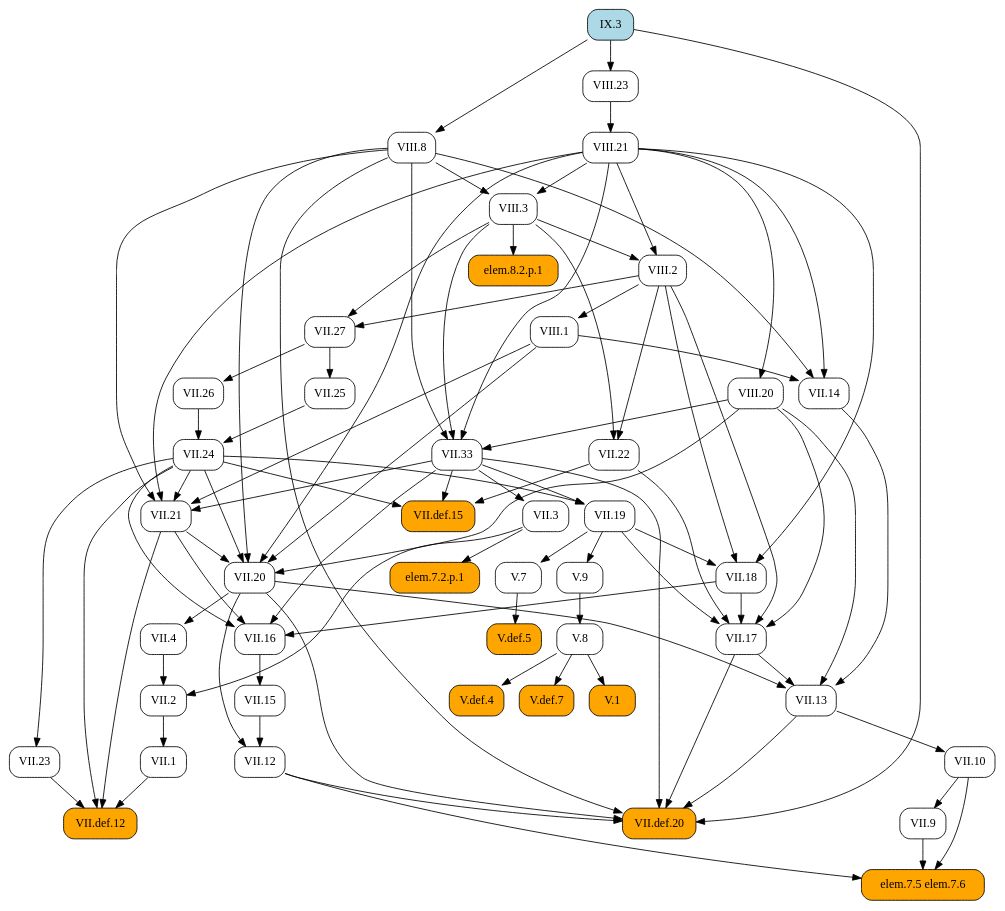
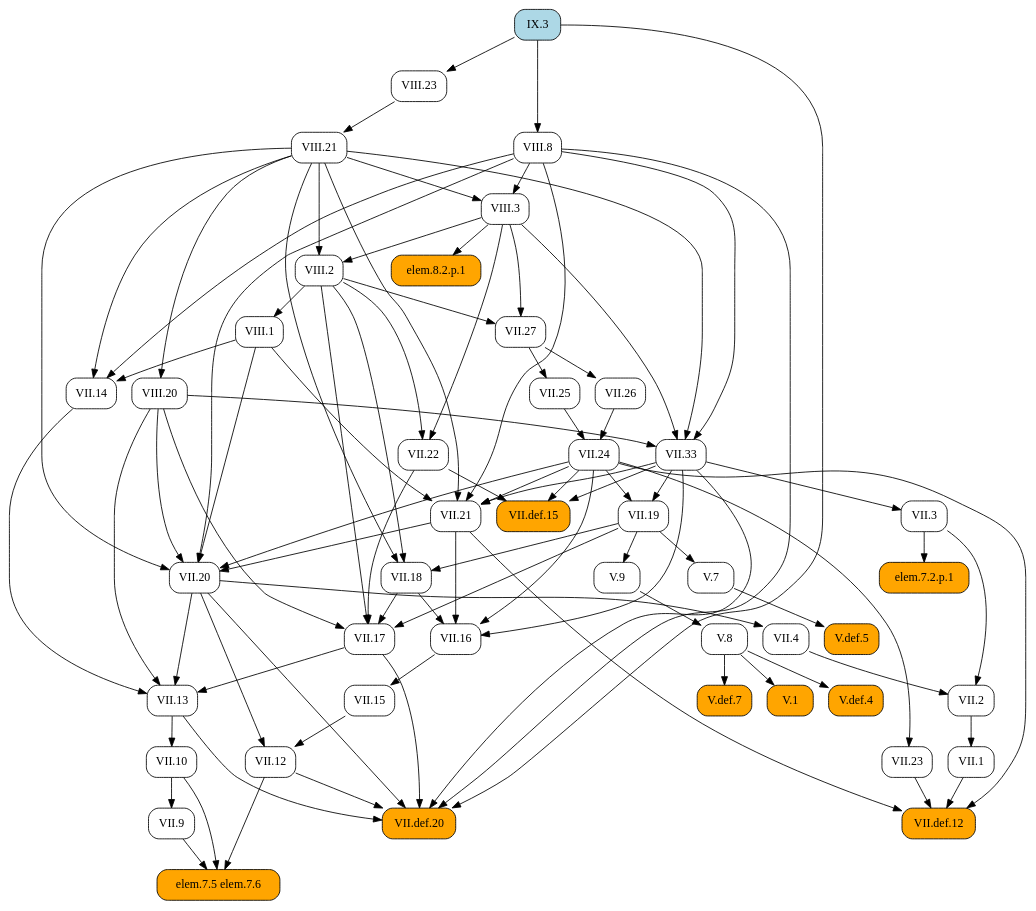
Before and after one commit to geometor/elements: the diagram in docsrc/heath/IX/3/index.rst, drawn with Graphviz. The commit also changed other lines of this file and 1029 other files, not shown here.

```diff
--- a/docsrc/heath/IX/3/index.rst
+++ b/docsrc/heath/IX/3/index.rst
@@ -52,87 +52,132 @@
    digraph {
      rankdir="TB";
      node [shape=box, style=rounded];
-     "V.1" [style="rounded,filled", fillcolor=orange, URL="/heath/V/1/", target="_top"];
+     "VII.1" [URL="/heath/VII/1/", target="_top"];
+     "VII.9" [URL="/heath/VII/9/", target="_top"];
+     "V.def.5" [style="rounded,filled", fillcolor=orange, URL="/heath/V/def.5/", target="_top"];
+     "VIII.23" [URL="/heath/VIII/23/", target="_top"];
+     "VII.3" [URL="/heath/VII/3/", target="_top"];
+     "VII.17" [URL="/heath/VII/17/", target="_top"];
+     "elem.7.5 elem.7.6" [style="rounded,filled", fillcolor=orange];
      "VIII.21" [URL="/heath/VIII/21/", target="_top"];
+     "IX.3" [style="rounded,filled", fillcolor=lightblue, URL="/heath/IX/3/", target="_top"];
+     "V.7" [URL="/heath/V/7/", target="_top"];
+     "V.9" [URL="/heath/V/9/", target="_top"];
+     "VII.13" [URL="/heath/VII/13/", target="_top"];
+     "VII.2" [URL="/heath/VII/2/", target="_top"];
+     "VIII.1" [URL="/heath/VIII/1/", target="_top"];
+     "VIII.2" [URL="/heath/VIII/2/", target="_top"];
      "VII.12" [URL="/heath/VII/12/", target="_top"];
-     "VII.14" [URL="/heath/VII/14/", target="_top"];
-     "VII.13" [URL="/heath/VII/13/", target="_top"];
-     "VII.16" [URL="/heath/VII/16/", target="_top"];
-     "V.def.4" [style="rounded,filled", fillcolor=orange, URL="/heath/V/def.4/", target="_top"];
+     "VII.24" [URL="/heath/VII/24/", target="_top"];
+     "VII.def.12" [style="rounded,filled", fillcolor=orange, URL="/heath/VII/def.12/", target="_top"];
+     "V.8" [URL="/heath/V/8/", target="_top"];
+     "VII.33" [URL="/heath/VII/33/", target="_top"];
+     "elem.7.2.p.1" [style="rounded,filled", fillcolor=orange];
+     "VII.10" [URL="/heath/VII/10/", target="_top"];
      "VII.def.15" [style="rounded,filled", fillcolor=orange, URL="/heath/VII/def.15/", target="_top"];
      "VII.18" [URL="/heath/VII/18/", target="_top"];
-     "V.8" [URL="/heath/V/8/", target="_top"];
+     "VII.19" [URL="/heath/VII/19/", target="_top"];
+     "VII.16" [URL="/heath/VII/16/", target="_top"];
+     "VII.26" [URL="/heath/VII/26/", target="_top"];
+     "VII.4" [URL="/heath/VII/4/", target="_top"];
+     "VII.25" [URL="/heath/VII/25/", target="_top"];
      "VII.21" [URL="/heath/VII/21/", target="_top"];
+     "V.1" [style="rounded,filled", fillcolor=orange, URL="/heath/V/1/", target="_top"];
+     "VII.20" [URL="/heath/VII/20/", target="_top"];
+     "VIII.8" [URL="/heath/VIII/8/", target="_top"];
+     "VII.14" [URL="/heath/VII/14/", target="_top"];
+     "VII.27" [URL="/heath/VII/27/", target="_top"];
+     "VIII.3" [URL="/heath/VIII/3/", target="_top"];
+     "V.def.4" [style="rounded,filled", fillcolor=orange, URL="/heath/V/def.4/", target="_top"];
+     "VII.22" [URL="/heath/VII/22/", target="_top"];
      "VIII.20" [URL="/heath/VIII/20/", target="_top"];
-     "V.7" [URL="/heath/V/7/", target="_top"];
-     "VII.def.12" [style="rounded,filled", fillcolor=orange, URL="/heath/VII/def.12/", target="_top"];
+     "V.def.7" [style="rounded,filled", fillcolor=orange, URL="/heath/V/def.7/", target="_top"];
+     "VII.23" [URL="/heath/VII/23/", target="_top"];
      "VII.15" [URL="/heath/VII/15/", target="_top"];
-     "VII.2" [URL="/heath/VII/2/", target="_top"];
      "VII.def.20" [style="rounded,filled", fillcolor=orange, URL="/heath/VII/def.20/", target="_top"];
-     "VII.3" [URL="/heath/VII/3/", target="_top"];
-     "elem.7.5 elem.7.6" [style="rounded,filled", fillcolor=orange];
      "elem.8.2.p.1" [style="rounded,filled", fillcolor=orange];
-     "VII.10" [URL="/heath/VII/10/", target="_top"];
-     "VIII.23" [URL="/heath/VIII/23/", target="_top"];
-     "V.def.7" [style="rounded,filled", fillcolor=orange, URL="/heath/V/def.7/", target="_top"];
-     "VII.20" [URL="/heath/VII/20/", target="_top"];
-     "IX.3" [style="rounded,filled", fillcolor=lightblue, URL="/heath/IX/3/", target="_top"];
-     "VII.9" [URL="/heath/VII/9/", target="_top"];
-     "VIII.1" [URL="/heath/VIII/1/", target="_top"];
-     "VII.25" [URL="/heath/VII/25/", target="_top"];
-     "VII.23" [URL="/heath/VII/23/", target="_top"];
-     "VIII.8" [URL="/heath/VIII/8/", target="_top"];
-     "VII.27" [URL="/heath/VII/27/", target="_top"];
-     "VIII.2" [URL="/heath/VIII/2/", target="_top"];
-     "VII.24" [URL="/heath/VII/24/", target="_top"];
-     "VIII.3" [URL="/heath/VIII/3/", target="_top"];
-     "VII.19" [URL="/heath/VII/19/", target="_top"];
-     "VII.4" [URL="/heath/VII/4/", target="_top"];
-     "elem.7.2.p.1" [style="rounded,filled", fillcolor=orange];
-     "V.9" [URL="/heath/V/9/", target="_top"];
-     "VII.26" [URL="/heath/VII/26/", target="_top"];
-     "VII.1" [URL="/heath/VII/1/", target="_top"];
-     "VII.22" [URL="/heath/VII/22/", target="_top"];
-     "VII.33" [URL="/heath/VII/33/", target="_top"];
-     "V.def.5" [style="rounded,filled", fillcolor=orange, URL="/heath/V/def.5/", target="_top"];
-     "VII.17" [URL="/heath/VII/17/", target="_top"];
-     "V.8" -> "V.1";
+     "VII.2" -> "VII.1";
+     "VII.10" -> "VII.9";
+     "V.7" -> "V.def.5";
+     "IX.3" -> "VIII.23";
+     "VII.33" -> "VII.3";
+     "VII.18" -> "VII.17";
+     "VII.19" -> "VII.17";
+     "VII.22" -> "VII.17";
+     "VIII.2" -> "VII.17";
+     "VIII.20" -> "VII.17";
+     "VII.9" -> "elem.7.5 elem.7.6";
+     "VII.10" -> "elem.7.5 elem.7.6";
+     "VII.12" -> "elem.7.5 elem.7.6";
      "VIII.23" -> "VIII.21";
-     "VII.15" -> "VII.12";
-     "VII.20" -> "VII.12";
-     "VIII.1" -> "VII.14";
-     "VIII.8" -> "VII.14";
-     "VIII.21" -> "VII.14";
+     "VII.19" -> "V.7";
+     "VII.19" -> "V.9";
      "VII.14" -> "VII.13";
      "VII.17" -> "VII.13";
      "VII.20" -> "VII.13";
      "VIII.20" -> "VII.13";
-     "VII.18" -> "VII.16";
-     "VII.21" -> "VII.16";
-     "VII.24" -> "VII.16";
-     "VII.33" -> "VII.16";
-     "V.8" -> "V.def.4";
+     "VII.3" -> "VII.2";
+     "VII.4" -> "VII.2";
+     "VIII.2" -> "VIII.1";
+     "VIII.3" -> "VIII.2";
+     "VIII.21" -> "VIII.2";
+     "VII.15" -> "VII.12";
+     "VII.20" -> "VII.12";
+     "VII.25" -> "VII.24";
+     "VII.26" -> "VII.24";
+     "VII.1" -> "VII.def.12";
+     "VII.21" -> "VII.def.12";
+     "VII.23" -> "VII.def.12";
+     "VII.24" -> "VII.def.12";
+     "V.9" -> "V.8";
+     "VIII.3" -> "VII.33";
+     "VIII.8" -> "VII.33";
+     "VIII.20" -> "VII.33";
+     "VIII.21" -> "VII.33";
+     "VII.3" -> "elem.7.2.p.1";
+     "VII.13" -> "VII.10";
      "VII.22" -> "VII.def.15";
      "VII.24" -> "VII.def.15";
      "VII.33" -> "VII.def.15";
      "VII.19" -> "VII.18";
      "VIII.2" -> "VII.18";
      "VIII.21" -> "VII.18";
-     "V.9" -> "V.8";
+     "VII.24" -> "VII.19";
+     "VII.33" -> "VII.19";
+     "VII.18" -> "VII.16";
+     "VII.21" -> "VII.16";
+     "VII.24" -> "VII.16";
+     "VII.33" -> "VII.16";
+     "VII.27" -> "VII.26";
+     "VII.20" -> "VII.4";
+     "VII.27" -> "VII.25";
      "VII.24" -> "VII.21";
      "VII.33" -> "VII.21";
      "VIII.1" -> "VII.21";
      "VIII.8" -> "VII.21";
      "VIII.21" -> "VII.21";
+     "V.8" -> "V.1";
+     "VII.21" -> "VII.20";
+     "VII.24" -> "VII.20";
+     "VIII.1" -> "VII.20";
+     "VIII.8" -> "VII.20";
+     "VIII.20" -> "VII.20";
+     "VIII.21" -> "VII.20";
+     "IX.3" -> "VIII.8";
+     "VIII.1" -> "VII.14";
+     "VIII.8" -> "VII.14";
+     "VIII.21" -> "VII.14";
+     "VIII.2" -> "VII.27";
+     "VIII.3" -> "VII.27";
+     "VIII.8" -> "VIII.3";
+     "VIII.21" -> "VIII.3";
+     "V.8" -> "V.def.4";
+     "VIII.2" -> "VII.22";
+     "VIII.3" -> "VII.22";
      "VIII.21" -> "VIII.20";
-     "VII.19" -> "V.7";
-     "VII.1" -> "VII.def.12";
-     "VII.21" -> "VII.def.12";
-     "VII.23" -> "VII.def.12";
-     "VII.24" -> "VII.def.12";
+     "V.8" -> "V.def.7";
+     "VII.24" -> "VII.23";
      "VII.16" -> "VII.15";
-     "VII.3" -> "VII.2";
-     "VII.4" -> "VII.2";
      "VII.12" -> "VII.def.20";
      "VII.13" -> "VII.def.20";
      "VII.17" -> "VII.def.20";
@@ -140,50 +185,5 @@
      "VII.33" -> "VII.def.20";
      "VIII.8" -> "VII.def.20";
      "IX.3" -> "VII.def.20";
-     "VII.33" -> "VII.3";
-     "VII.9" -> "elem.7.5 elem.7.6";
-     "VII.10" -> "elem.7.5 elem.7.6";
-     "VII.12" -> "elem.7.5 elem.7.6";
      "VIII.3" -> "elem.8.2.p.1";
-     "VII.13" -> "VII.10";
-     "IX.3" -> "VIII.23";
-     "V.8" -> "V.def.7";
-     "VII.21" -> "VII.20";
-     "VII.24" -> "VII.20";
-     "VIII.1" -> "VII.20";
-     "VIII.8" -> "VII.20";
-     "VIII.20" -> "VII.20";
-     "VIII.21" -> "VII.20";
-     "VII.10" -> "VII.9";
-     "VIII.2" -> "VIII.1";
-     "VII.27" -> "VII.25";
-     "VII.24" -> "VII.23";
-     "IX.3" -> "VIII.8";
-     "VIII.2" -> "VII.27";
-     "VIII.3" -> "VII.27";
-     "VIII.3" -> "VIII.2";
-     "VIII.21" -> "VIII.2";
-     "VII.25" -> "VII.24";
-     "VII.26" -> "VII.24";
-     "VIII.8" -> "VIII.3";
-     "VIII.21" -> "VIII.3";
-     "VII.24" -> "VII.19";
-     "VII.33" -> "VII.19";
-     "VII.20" -> "VII.4";
-     "VII.3" -> "elem.7.2.p.1";
-     "VII.19" -> "V.9";
-     "VII.27" -> "VII.26";
-     "VII.2" -> "VII.1";
-     "VIII.2" -> "VII.22";
-     "VIII.3" -> "VII.22";
-     "VIII.3" -> "VII.33";
-     "VIII.8" -> "VII.33";
-     "VIII.20" -> "VII.33";
-     "VIII.21" -> "VII.33";
-     "V.7" -> "V.def.5";
-     "VII.18" -> "VII.17";
-     "VII.19" -> "VII.17";
-     "VII.22" -> "VII.17";
-     "VIII.2" -> "VII.17";
-     "VIII.20" -> "VII.17";
    }
```
